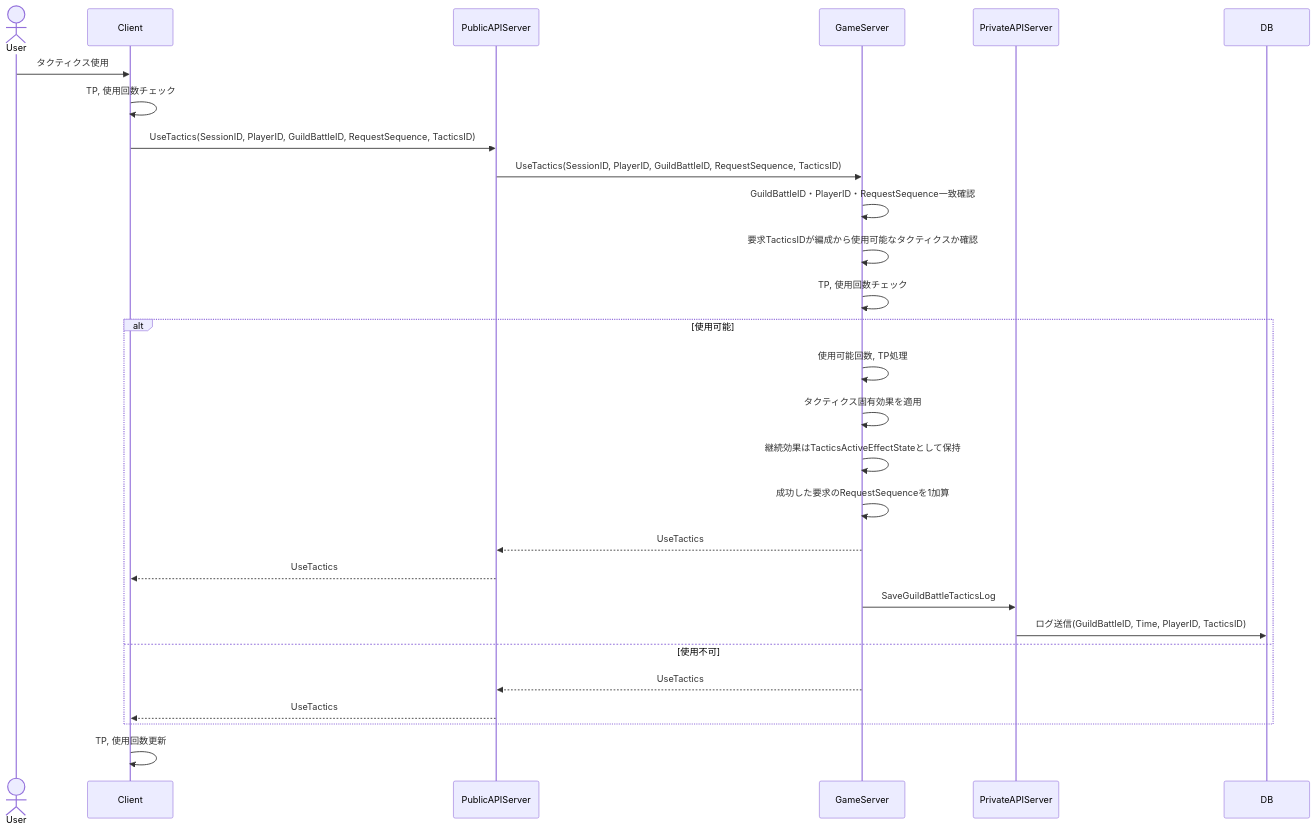
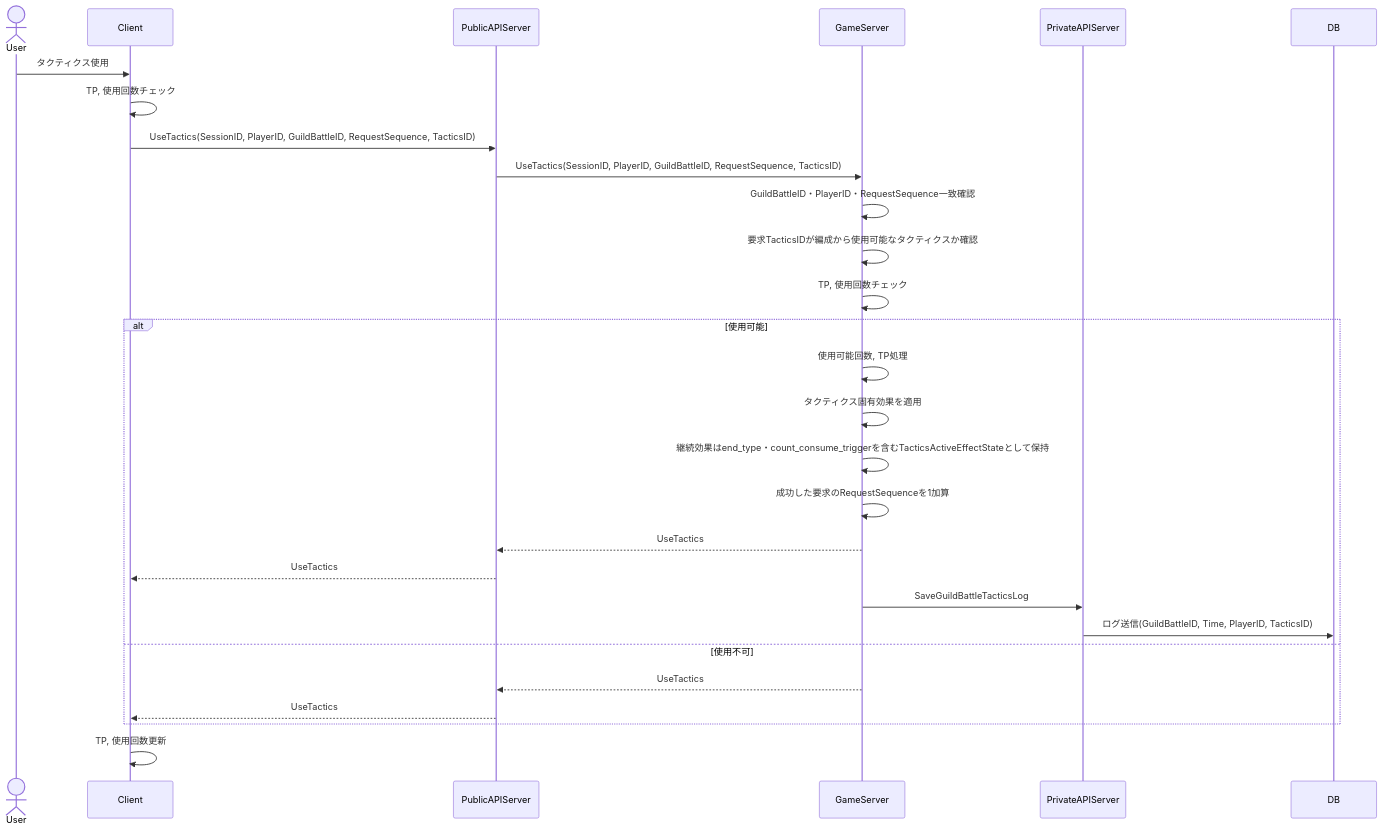
One commit to ReHydrangeaOdyssey/Specifications changed the eighth of 16 diagrams in design/guild_battle.md. Above: the diagram before and after it, drawn with Mermaid. The commit also changed other lines of this file and 23 other files, not shown here.

````diff
--- a/design/guild_battle.md
+++ b/design/guild_battle.md
@@ -312,35 +330,35 @@
 ``` mermaid
 sequenceDiagram
     actor User
     participant Client
     participant PublicAPIServer
     participant GameServer
     participant PrivateAPIServer
     participant DB
 
     User->>Client: タクティクス使用
     Client->>Client: TP, 使用回数チェック
     Client->>PublicAPIServer: UseTactics(SessionID, PlayerID, GuildBattleID, RequestSequence, TacticsID)
     PublicAPIServer->>GameServer: UseTactics(SessionID, PlayerID, GuildBattleID, RequestSequence, TacticsID)
 
     GameServer->>GameServer: GuildBattleID・PlayerID・RequestSequence一致確認
     GameServer->>GameServer: 要求TacticsIDが編成から使用可能なタクティクスか確認
     GameServer->>GameServer: TP, 使用回数チェック
 
     alt 使用可能
         GameServer->>GameServer: 使用可能回数, TP処理
         GameServer->>GameServer: タクティクス固有効果を適用
-        GameServer->>GameServer: 継続効果はTacticsActiveEffectStateとして保持
+        GameServer->>GameServer: 継続効果はend_type・count_consume_triggerを含むTacticsActiveEffectStateとして保持
         GameServer->>GameServer: 成功した要求のRequestSequenceを1加算
         GameServer-->>PublicAPIServer: UseTactics
         PublicAPIServer-->>Client: UseTactics
 
         GameServer ->> PrivateAPIServer: SaveGuildBattleTacticsLog
         PrivateAPIServer ->> DB: ログ送信(GuildBattleID, Time, PlayerID, TacticsID)
     else 使用不可
         GameServer-->>PublicAPIServer: UseTactics
         PublicAPIServer-->>Client: UseTactics
     end
     
     Client->>Client: TP, 使用回数更新
 ```
````
